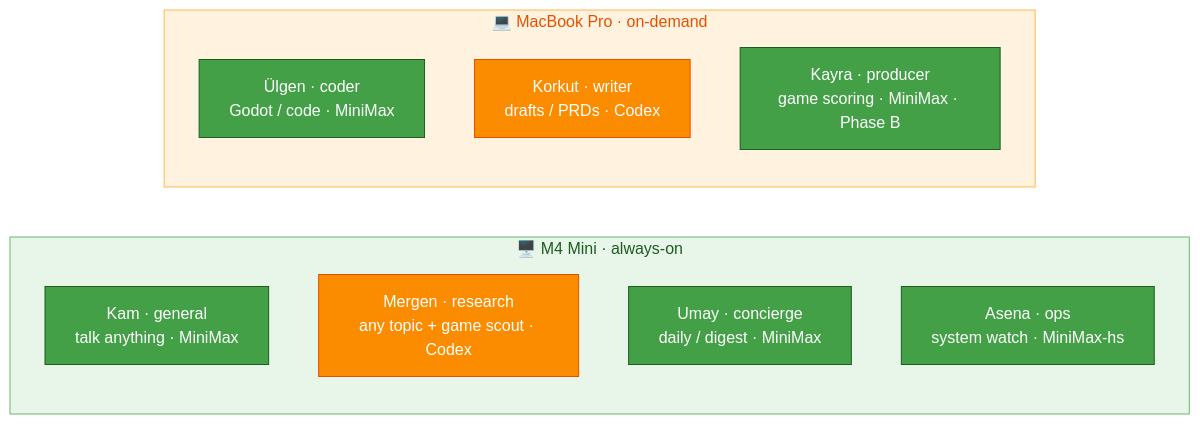
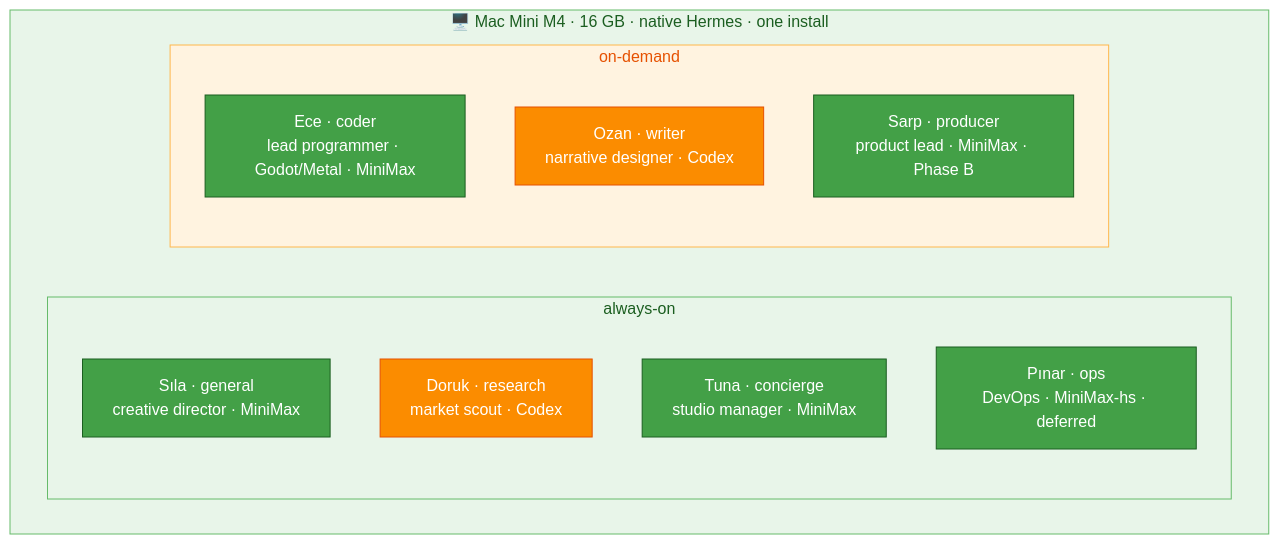
Before and after one commit to mpolatcan/hermes-setup: the diagram in docs/02-agents.md, drawn with Mermaid (neutral theme). The commit also changed other lines of this file and 14 other files, not shown here.

First line of the commit message:
Rewrite plan: native single-Mini architecture + Turkish studio crew

````diff
--- a/docs/02-agents.md
+++ b/docs/02-agents.md
@@ -7,18 +7,21 @@
 ```mermaid
-flowchart LR
-    subgraph Mini["🖥️ M4 Mini · always-on"]
-        Kam["Kam · general<br/>talk anything · MiniMax"]:::mini
-        Mergen["Mergen · research<br/>any topic + game scout · Codex"]:::codex
-        Umay["Umay · concierge<br/>daily / digest · MiniMax"]:::mini
-        Asena["Asena · ops<br/>system watch · MiniMax-hs"]:::mini
-    end
-    subgraph MBP["💻 MacBook Pro · on-demand"]
-        Ulgen["Ülgen · coder<br/>Godot / code · MiniMax"]:::mini
-        Korkut["Korkut · writer<br/>drafts / PRDs · Codex"]:::codex
-        Kayra["Kayra · producer<br/>game scoring · MiniMax · Phase B"]:::mini
+flowchart TB
+    subgraph Mini["🖥️ Mac Mini M4 · 16 GB · native Hermes · one install"]
+        subgraph always["always-on"]
+            general["Sıla · general<br/>creative director · MiniMax"]:::mini
+            research["Doruk · research<br/>market scout · Codex"]:::codex
+            concierge["Tuna · concierge<br/>studio manager · MiniMax"]:::mini
+            ops["Pınar · ops<br/>DevOps · MiniMax-hs · deferred"]:::mini
+        end
+        subgraph demand["on-demand"]
+            coder["Ece · coder<br/>lead programmer · Godot/Metal · MiniMax"]:::mini
+            writer["Ozan · writer<br/>narrative designer · Codex"]:::codex
+            producer["Sarp · producer<br/>product lead · MiniMax · Phase B"]:::mini
+        end
     end
     classDef mini fill:#43A047,stroke:#1B5E20,color:#fff
     classDef codex fill:#FB8C00,stroke:#E65100,color:#fff
     style Mini fill:#E8F5E9,stroke:#66BB6A,color:#1B5E20
-    style MBP fill:#FFF3E0,stroke:#FFB74D,color:#E65100
+    style always fill:#E8F5E9,stroke:#66BB6A,color:#1B5E20
+    style demand fill:#FFF3E0,stroke:#FFB74D,color:#E65100
 ```
````
